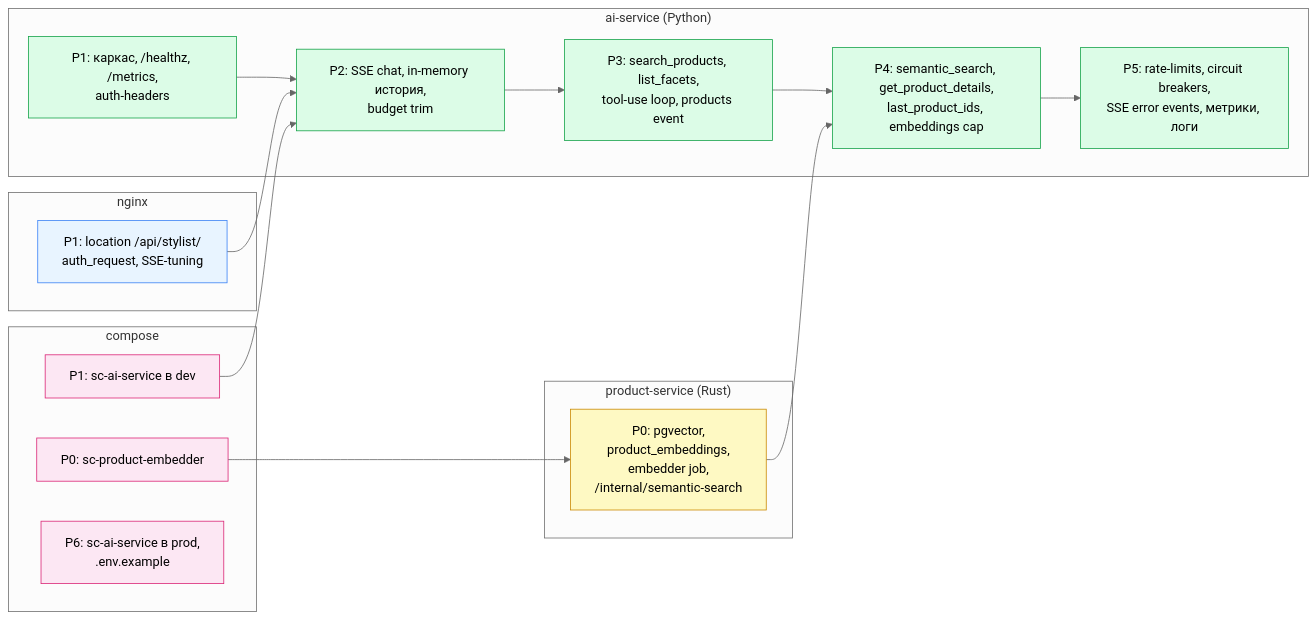
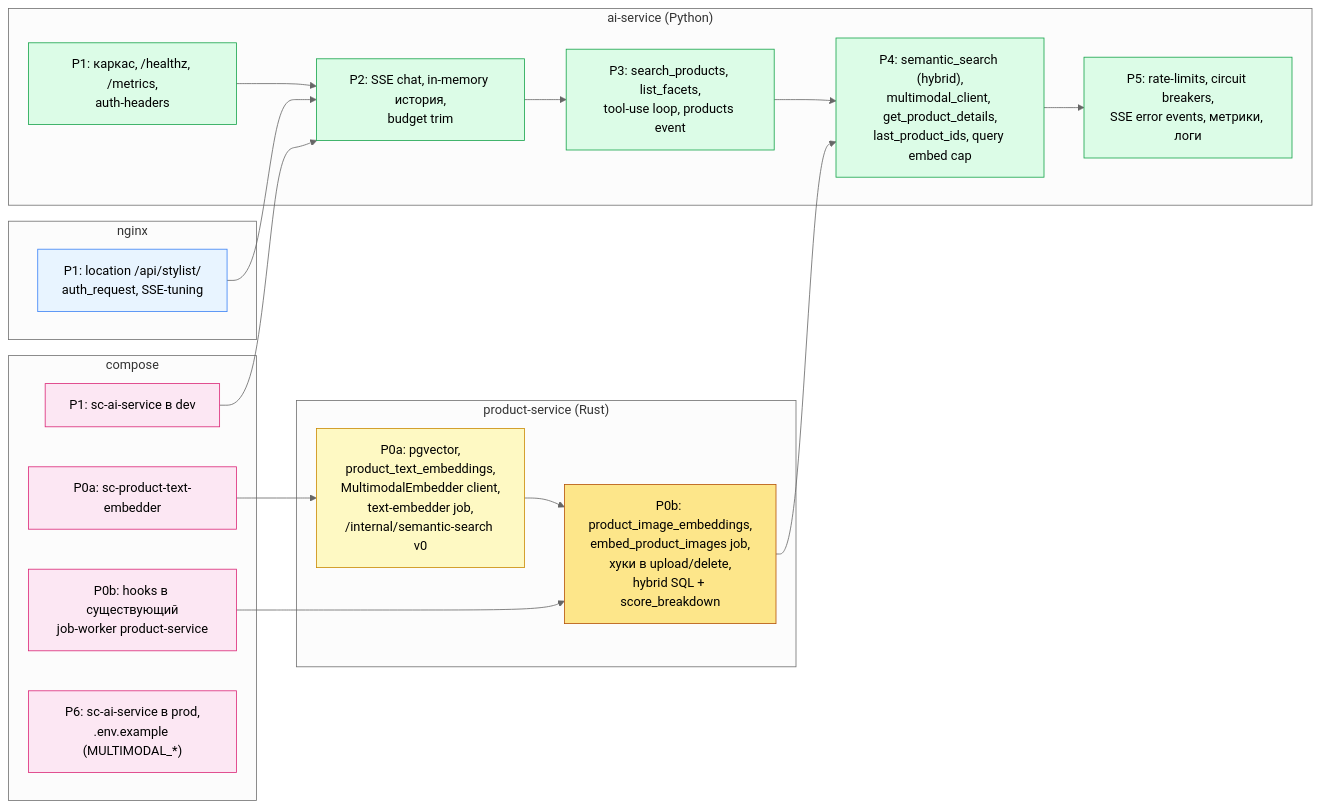
One commit to TortAlpha/ai-stylist-service changed the ninth of 11 diagrams in server/ai-service/ROADMAP_DIAGRAM.md. Above: the diagram before and after it, drawn with Mermaid (neutral theme). The commit also changed other lines of this file and 4 other files, not shown here.

````diff
--- a/server/ai-service/ROADMAP_DIAGRAM.md
+++ b/server/ai-service/ROADMAP_DIAGRAM.md
@@ -214,39 +227,45 @@
 ```mermaid
 flowchart LR
     subgraph PS["product-service (Rust)"]
-        PS_P0["P0: pgvector,<br/>product_embeddings,<br/>embedder job,<br/>/internal/semantic-search"]
+        PS_P0A["P0a: pgvector,<br/>product_text_embeddings,<br/>MultimodalEmbedder client,<br/>text-embedder job,<br/>/internal/semantic-search v0"]
+        PS_P0B["P0b: product_image_embeddings,<br/>embed_product_images job,<br/>хуки в upload/delete,<br/>hybrid SQL + score_breakdown"]
+        PS_P0A --> PS_P0B
     end
 
     subgraph AI["ai-service (Python)"]
         AI_P1["P1: каркас, /healthz, /metrics,<br/>auth-headers"]
         AI_P2["P2: SSE chat, in-memory история,<br/>budget trim"]
         AI_P3["P3: search_products, list_facets,<br/>tool-use loop, products event"]
-        AI_P4["P4: semantic_search, get_product_details,<br/>last_product_ids, embeddings cap"]
+        AI_P4["P4: semantic_search (hybrid),<br/>multimodal_client, get_product_details,<br/>last_product_ids, query embed cap"]
         AI_P5["P5: rate-limits, circuit breakers,<br/>SSE error events, метрики, логи"]
         AI_P1 --> AI_P2 --> AI_P3 --> AI_P4 --> AI_P5
     end
 
     subgraph NG["nginx"]
         NG_P1["P1: location /api/stylist/<br/>auth_request, SSE-tuning"]
     end
 
     subgraph CO["compose"]
-        CO_P0["P0: sc-product-embedder"]
+        CO_P0A["P0a: sc-product-text-embedder"]
+        CO_P0B["P0b: hooks в существующий<br/>job-worker product-service"]
         CO_P1["P1: sc-ai-service в dev"]
-        CO_P6["P6: sc-ai-service в prod,<br/>.env.example"]
+        CO_P6["P6: sc-ai-service в prod,<br/>.env.example (MULTIMODAL_*)"]
     end
 
-    PS_P0 --> AI_P4
+    PS_P0B --> AI_P4
     NG_P1 --> AI_P2
     CO_P1 --> AI_P2
-    CO_P0 --> PS_P0
+    CO_P0A --> PS_P0A
+    CO_P0B --> PS_P0B
 
     classDef ps fill:#fef9c3,stroke:#ca8a04,color:#000
+    classDef ps2 fill:#fde68a,stroke:#b45309,color:#000
     classDef ai fill:#dcfce7,stroke:#16a34a,color:#000
     classDef ng fill:#e8f4ff,stroke:#3b82f6,color:#000
     classDef co fill:#fce7f3,stroke:#db2777,color:#000
-    class PS_P0 ps
+    class PS_P0A ps
+    class PS_P0B ps2
     class AI_P1,AI_P2,AI_P3,AI_P4,AI_P5 ai
     class NG_P1 ng
-    class CO_P0,CO_P1,CO_P6 co
+    class CO_P0A,CO_P0B,CO_P1,CO_P6 co
 ```
````
